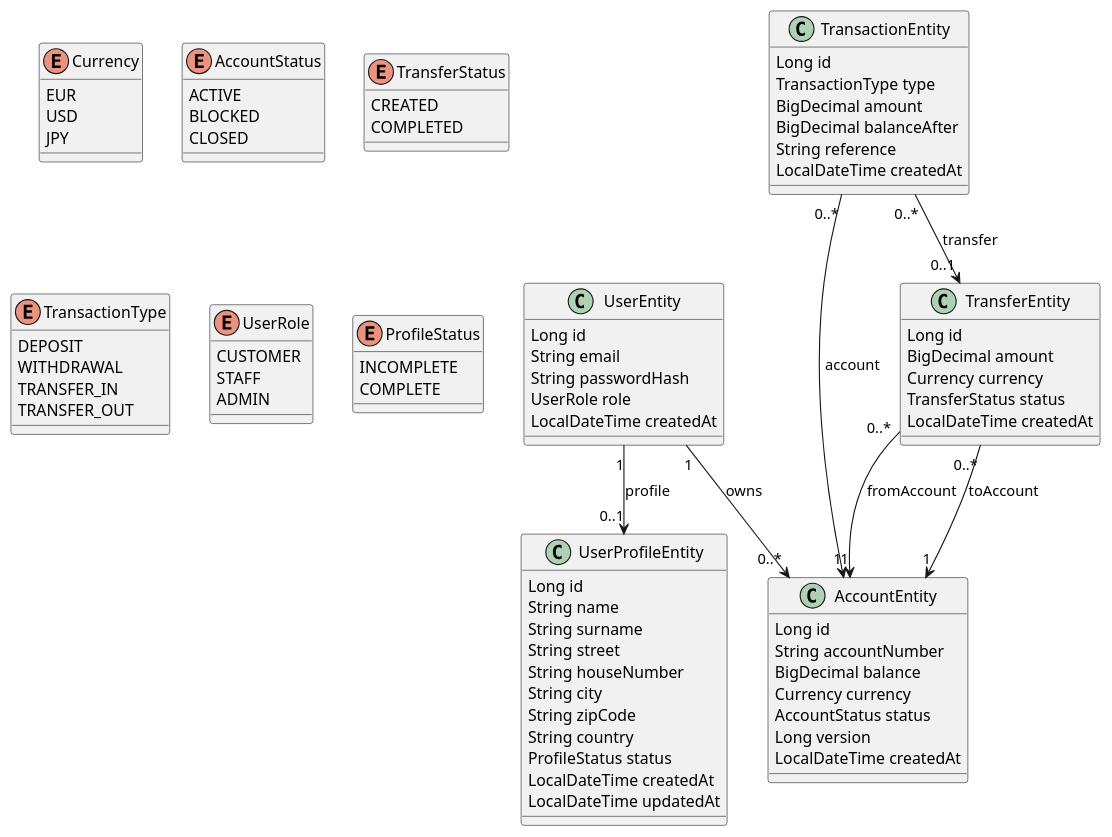
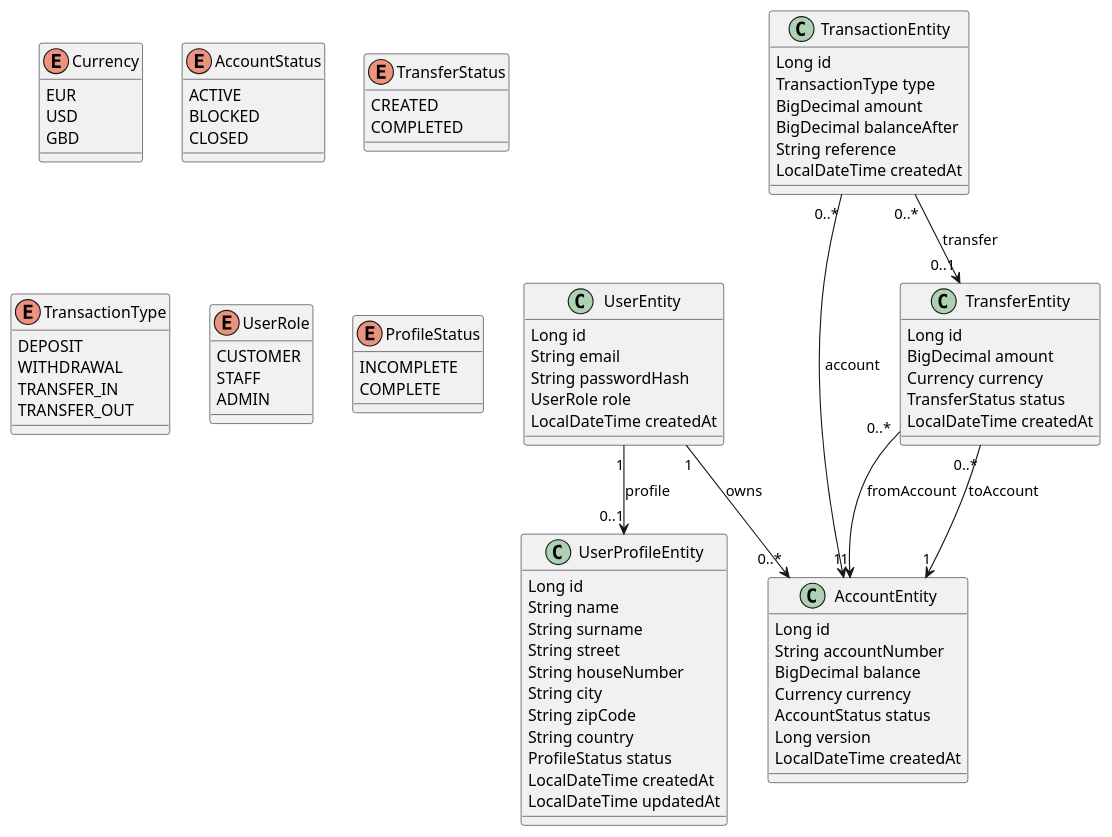
Before and after one commit to Dare2510/Digital-Banking-API: the diagram in docs/class/class-diagram.puml, drawn with PlantUML. The commit also changed 5 other files, not shown here.

```diff
--- a/docs/class/class-diagram.puml
+++ b/docs/class/class-diagram.puml
@@ -1,96 +1,96 @@
 @startuml
 
 class AccountEntity {
     Long id
     String accountNumber
     BigDecimal balance
     Currency currency
     AccountStatus status
     Long version
     LocalDateTime createdAt
 }
 
 class UserEntity {
     Long id
     String email
     String passwordHash
     UserRole role
     LocalDateTime createdAt
 }
 
 class UserProfileEntity {
     Long id
     String name
     String surname
     String street
     String houseNumber
     String city
     String zipCode
     String country
     ProfileStatus status
     LocalDateTime createdAt
     LocalDateTime updatedAt
 }
 
 class TransferEntity {
     Long id
     BigDecimal amount
     Currency currency
     TransferStatus status
     LocalDateTime createdAt
 }
 
 class TransactionEntity {
     Long id
     TransactionType type
     BigDecimal amount
     BigDecimal balanceAfter
     String reference
     LocalDateTime createdAt
 }
 
 enum Currency {
     EUR
     USD
-    JPY
+    GBD
 }
 
 enum AccountStatus {
     ACTIVE
     BLOCKED
     CLOSED
 }
 
 enum TransferStatus {
     CREATED
     COMPLETED
 }
 
 enum TransactionType {
     DEPOSIT
     WITHDRAWAL
     TRANSFER_IN
     TRANSFER_OUT
 }
 
 enum UserRole {
     CUSTOMER
     STAFF
     ADMIN
 }
 
 enum ProfileStatus {
     INCOMPLETE
     COMPLETE
 }
 
 UserEntity "1" --> "0..1" UserProfileEntity : profile
 UserEntity "1" --> "0..*" AccountEntity : owns
 
 TransferEntity "0..*" --> "1" AccountEntity : fromAccount
 TransferEntity "0..*" --> "1" AccountEntity : toAccount
 
 TransactionEntity "0..*" --> "1" AccountEntity : account
 TransactionEntity "0..*" --> "0..1" TransferEntity : transfer
 
 @enduml
```
